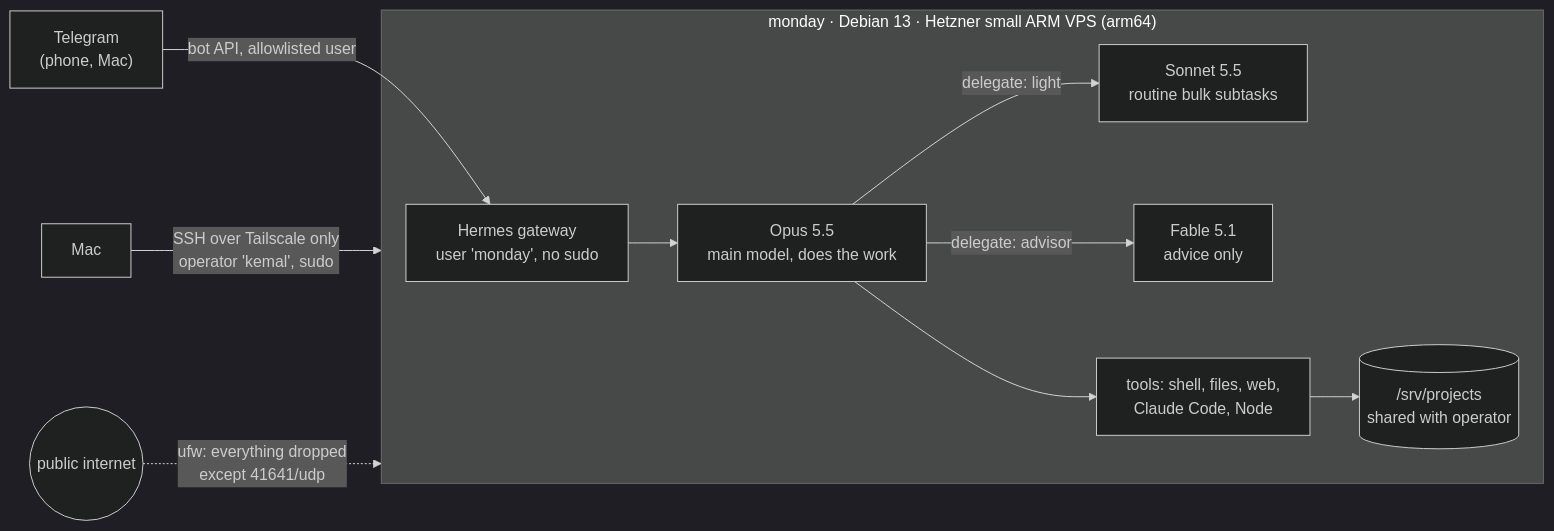
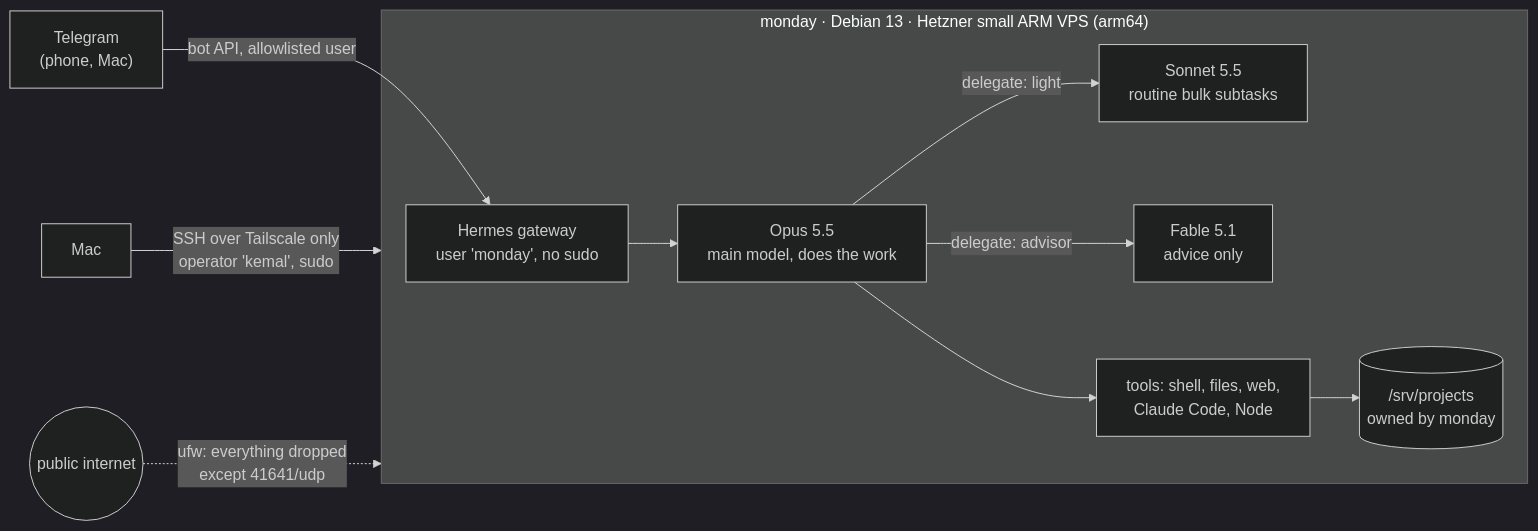
Before and after one commit to KBT-0/MyMonday: the diagram in README.md, drawn with Mermaid (dark theme). The commit also changed other lines of this file and 3 other files, not shown here.

First line of the commit message:
Agent phase: /srv/projects owned by monday, operator out of the projects group

````diff
--- a/README.md
+++ b/README.md
@@ -15,15 +15,15 @@
 ```mermaid
 flowchart LR
     phone["Telegram<br/>(phone, Mac)"] -->|"bot API, allowlisted user"| gw
 
     subgraph monday["monday · Debian 13 · Hetzner small ARM VPS (arm64)"]
         gw["Hermes gateway<br/>user 'monday', no sudo"] --> opus["Opus 5.5<br/>main model, does the work"]
         opus -->|"delegate: light"| sonnet["Sonnet 5.5<br/>routine bulk subtasks"]
         opus -->|"delegate: advisor"| fable["Fable 5.1<br/>advice only"]
         opus --> tools["tools: shell, files, web,<br/>Claude Code, Node"]
-        tools --> projects[("/srv/projects<br/>shared with operator")]
+        tools --> projects[("/srv/projects<br/>owned by monday")]
     end
 
     mac["Mac"] -->|"SSH over Tailscale only<br/>operator 'kemal', sudo"| monday
     internet(("public internet")) -.->|"ufw: everything dropped<br/>except 41641/udp"| monday
 ```
````
